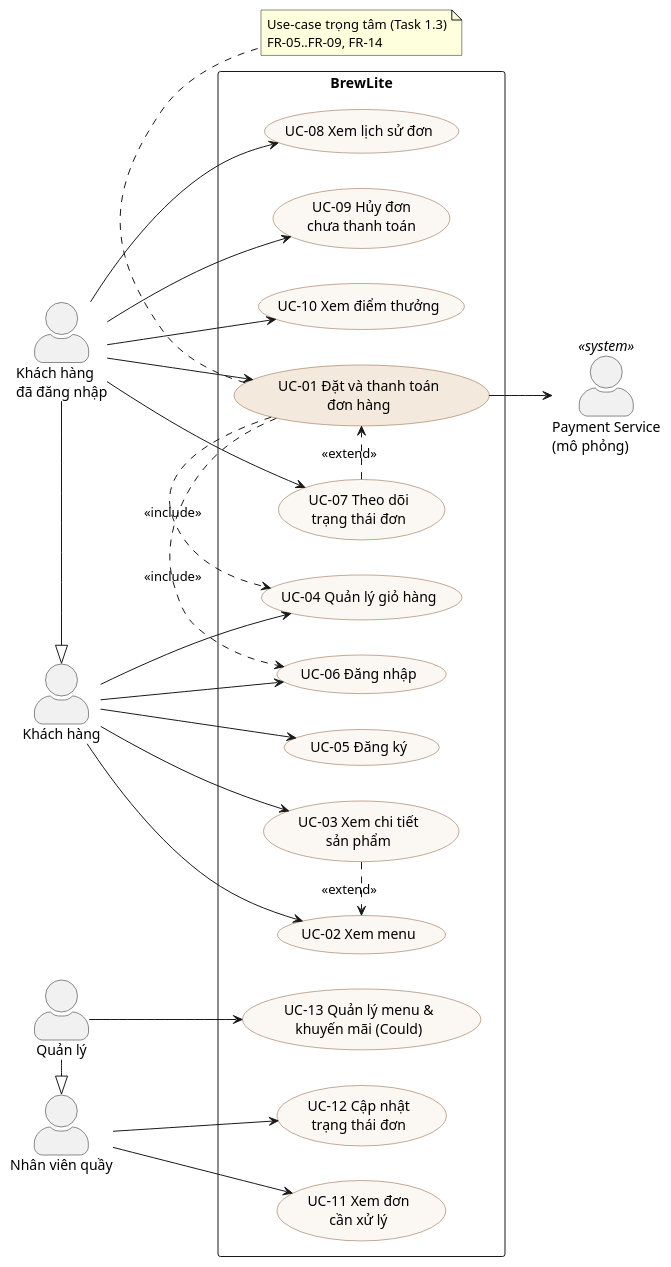
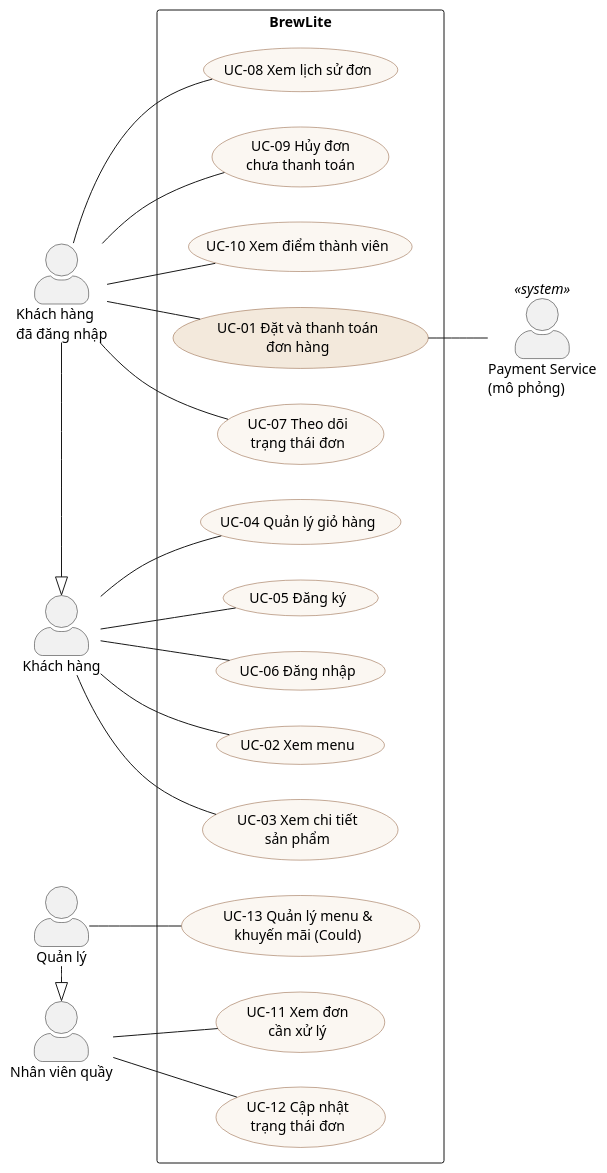
The diagram in docs/diagrams/use-case-overview.puml (LHTCoder/brewlite), drawn with PlantUML before and after one commit. The commit also changed 26 other files, not shown here.

First line of the commit message:
docs: cập nhật đặc tả, use-case, activity và class diagram theo góp ý của nhóm

```diff
--- a/docs/diagrams/use-case-overview.puml
+++ b/docs/diagrams/use-case-overview.puml
@@ -1,62 +1,55 @@
 @startuml use-case-overview
 ' Sơ đồ use-case tổng quát hệ thống BrewLite (SRS §2)
+' Liên kết actor – use-case là đường thẳng (association); quan hệ include/extend thể hiện ở sơ đồ UC-01
 left to right direction
 skinparam packageStyle rectangle
 skinparam actorStyle awesome
 skinparam usecase {
   BackgroundColor #FBF7F2
   BorderColor #8A5733
 }
 
 actor "Khách hàng" as Guest
 actor "Khách hàng\nđã đăng nhập" as Customer
 actor "Nhân viên quầy" as Staff
 actor "Quản lý" as Manager
 actor "Payment Service\n(mô phỏng)" as Pay <<system>>
 
 Customer -|> Guest
 Manager -|> Staff
 
 rectangle "BrewLite" {
   usecase "UC-02 Xem menu" as UC2
   usecase "UC-03 Xem chi tiết\nsản phẩm" as UC3
   usecase "UC-04 Quản lý giỏ hàng" as UC4
   usecase "UC-05 Đăng ký" as UC5
   usecase "UC-06 Đăng nhập" as UC6
   usecase "UC-01 Đặt và thanh toán\nđơn hàng" as UC1 #F3E9DC
   usecase "UC-07 Theo dõi\ntrạng thái đơn" as UC7
   usecase "UC-08 Xem lịch sử đơn" as UC8
   usecase "UC-09 Hủy đơn\nchưa thanh toán" as UC9
-  usecase "UC-10 Xem điểm thưởng" as UC10
+  usecase "UC-10 Xem điểm thành viên" as UC10
   usecase "UC-11 Xem đơn\ncần xử lý" as UC11
   usecase "UC-12 Cập nhật\ntrạng thái đơn" as UC12
   usecase "UC-13 Quản lý menu &\nkhuyến mãi (Could)" as UC13
 }
 
-Guest --> UC2
-Guest --> UC3
-Guest --> UC4
-Guest --> UC5
-Guest --> UC6
+Guest -- UC2
+Guest -- UC3
+Guest -- UC4
+Guest -- UC5
+Guest -- UC6
 
-Customer --> UC1
-Customer --> UC7
-Customer --> UC8
-Customer --> UC9
-Customer --> UC10
+Customer -- UC1
+Customer -- UC7
+Customer -- UC8
+Customer -- UC9
+Customer -- UC10
 
-Staff --> UC11
-Staff --> UC12
-Manager --> UC13
+Staff -- UC11
+Staff -- UC12
+Manager -- UC13
 
-UC1 --> Pay
-UC3 .> UC2 : <<extend>>
-UC1 .> UC4 : <<include>>
-UC1 .> UC6 : <<include>>
-UC7 .> UC1 : <<extend>>
+UC1 -- Pay
 
-note bottom of UC1
-  Use-case trọng tâm (Task 1.3)
-  FR-05..FR-09, FR-14
-end note
 @enduml
```
